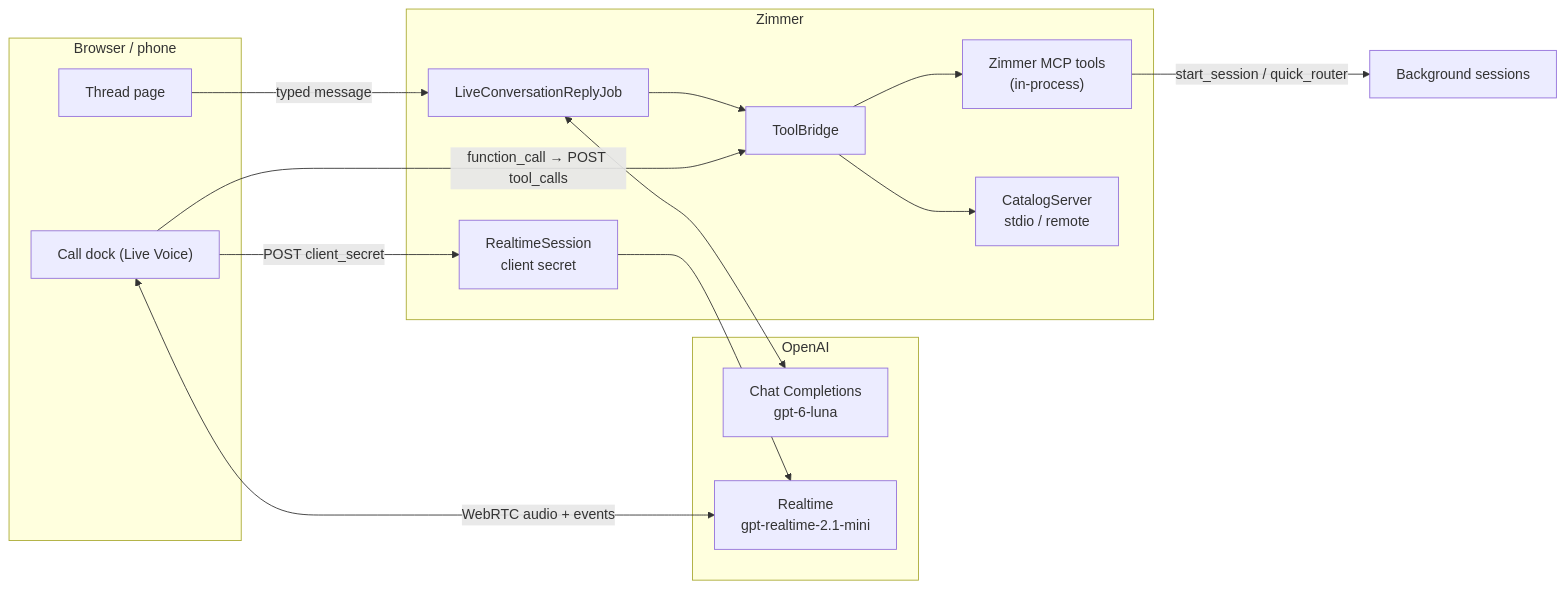
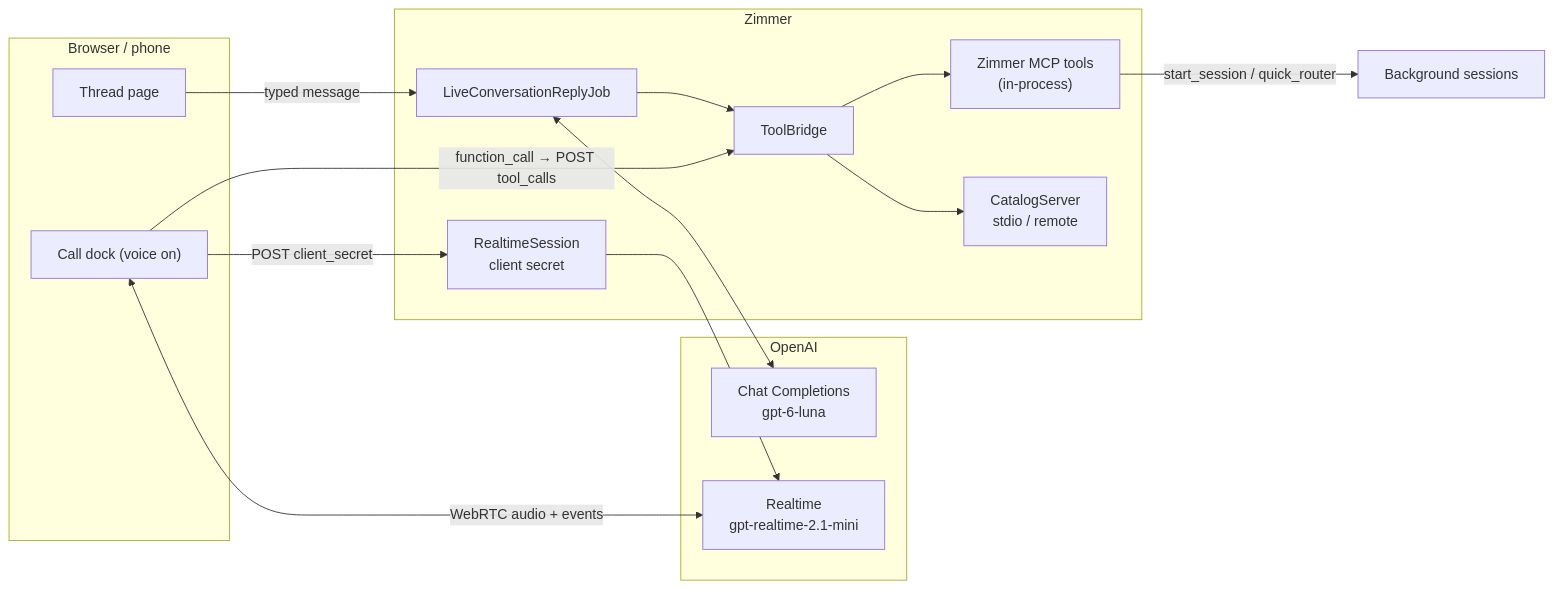
Before and after one commit to tadasant/zimmer: the diagram in docs/src/content/docs/sessions/live.md, drawn with Mermaid. The commit also changed other lines of this file and 67 other files, not shown here.

First line of the commit message:
feat(live): one Live Mode with an "Enable voice" option; style follows the mode

````diff
--- a/docs/src/content/docs/sessions/live.md
+++ b/docs/src/content/docs/sessions/live.md
@@ -72,28 +105,28 @@
 ```mermaid
 flowchart LR
   subgraph Client["Browser / phone"]
     UI["Thread page"]
-    Dock["Call dock (Live Voice)"]
+    Dock["Call dock (voice on)"]
   end
   subgraph OpenAI
     Chat["Chat Completions<br/>gpt-6-luna"]
     RT["Realtime<br/>gpt-realtime-2.1-mini"]
   end
   subgraph Rails["Zimmer"]
     Job["LiveConversationReplyJob"]
     Bridge["ToolBridge"]
     Mcp["Zimmer MCP tools<br/>(in-process)"]
     Cat["CatalogServer<br/>stdio / remote"]
     Mint["RealtimeSession<br/>client secret"]
   end
   UI -- "typed message" --> Job
   Job <--> Chat
   Job --> Bridge
   Dock -- "WebRTC audio + events" <--> RT
   Dock -- "function_call → POST tool_calls" --> Bridge
   Dock -- "POST client_secret" --> Mint
   Mint --> RT
   Bridge --> Mcp
   Bridge --> Cat
   Mcp -- "start_session / quick_router" --> Sessions["Background sessions"]
 ```
````
